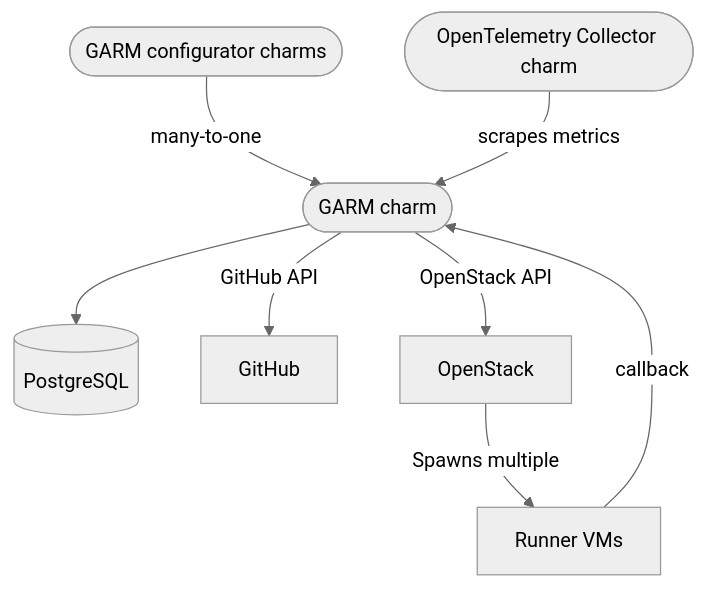
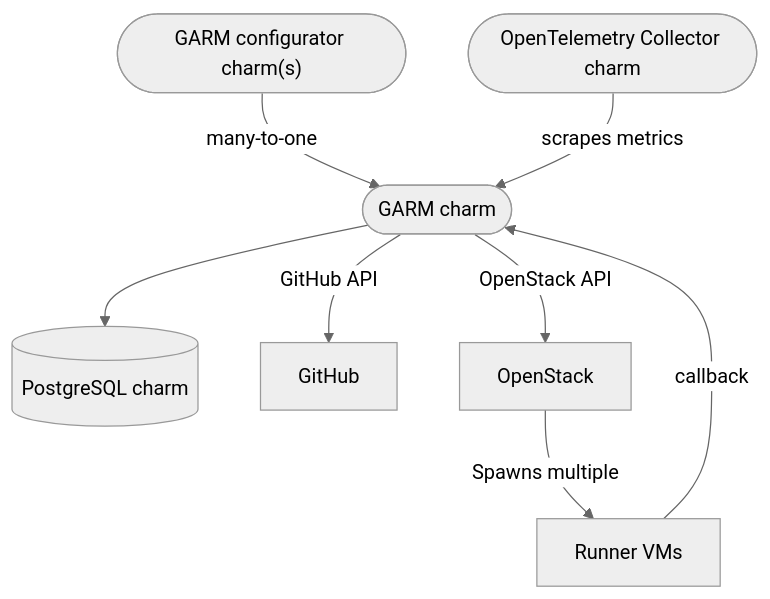
Before and after one commit to canonical/github-runner-operators: the diagram in docs/reference/architecture.md, drawn with Mermaid (neutral theme). The commit also changed other lines of this file, not shown here.

````diff
--- a/docs/reference/architecture.md
+++ b/docs/reference/architecture.md
@@ -7,10 +7,10 @@
 ```mermaid
 flowchart TD
-  G(["GARM charm"]) --> PG[("PostgreSQL")]
-  GC(["GARM configurator charms"]) -->|many-to-one| G
+  G(["GARM charm"]) --> PG[("PostgreSQL charm")]
+  GC(["GARM configurator charm(s)"]) -->|many-to-one| G
   G -->|GitHub API| GH["GitHub"]
   G -->|OpenStack API| OS["OpenStack"]
   OS -->|Spawns multiple| RUN["Runner VMs"]
   RUN -->|callback| G
   COS(["OpenTelemetry Collector charm"]) -->|scrapes metrics| G
 ```
````
